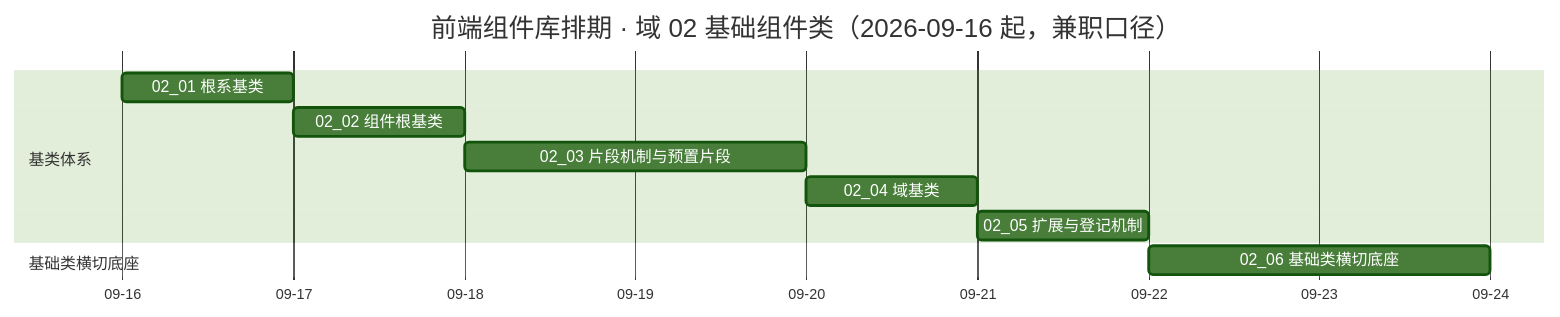
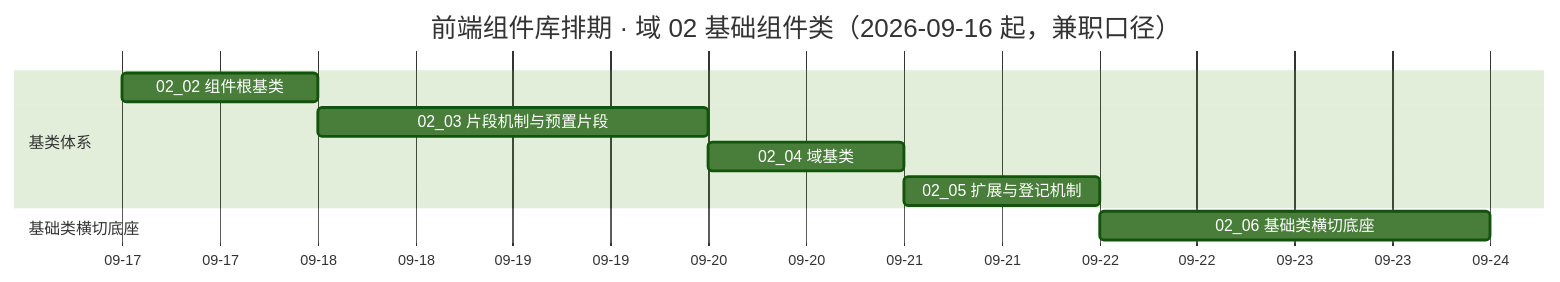
Before and after one commit to minjian123/basic-management-system: the diagram in bms文档/项目/04_前端组件库/计划/01_计划_前端组件库.md, drawn with Mermaid (forest theme). The commit also changed other lines of this file and 11 other files, not shown here.

````diff
--- a/bms文档/项目/04_前端组件库/计划/01_计划_前端组件库.md
+++ b/bms文档/项目/04_前端组件库/计划/01_计划_前端组件库.md
@@ -49,14 +49,13 @@
 ```mermaid
 gantt
     title 前端组件库排期 · 域 02 基础组件类（2026-09-16 起，兼职口径）
     dateFormat  YYYY-MM-DD
     axisFormat %m-%d
     section 基类体系
-    02_01 根系基类 :t0201, 2026-09-16, 1d
     02_02 组件根基类 :t0202, 2026-09-17, 1d
     02_03 片段机制与预置片段 :t0203, 2026-09-18, 2d
     02_04 域基类 :t0204, 2026-09-20, 1d
     02_05 扩展与登记机制 :t0205, 2026-09-21, 1d
     section 基础类横切底座
     02_06 基础类横切底座 :t0206, 2026-09-22, 2d
 ```
````
